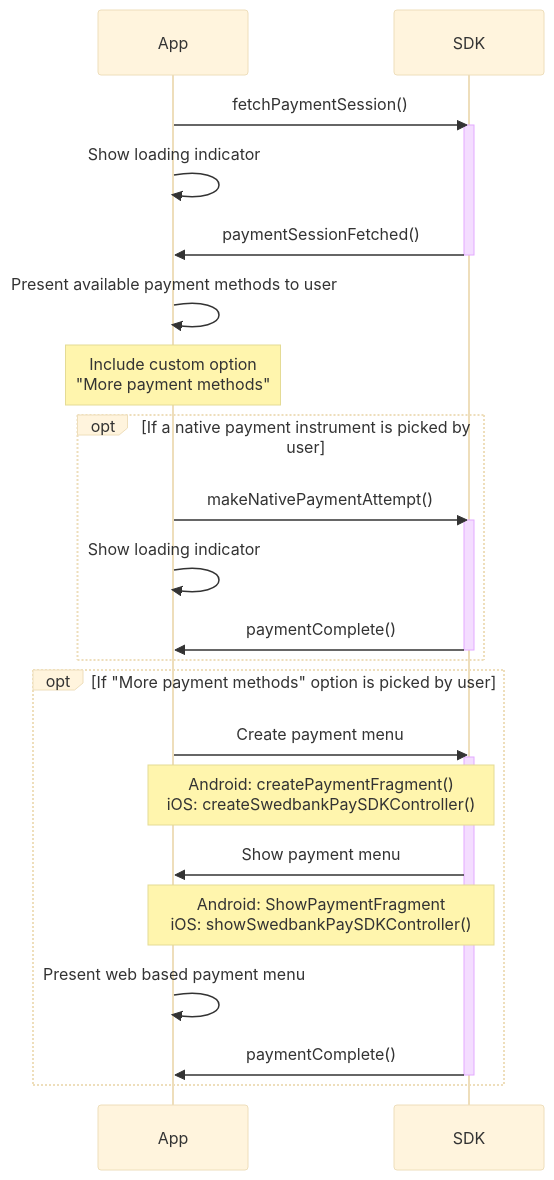
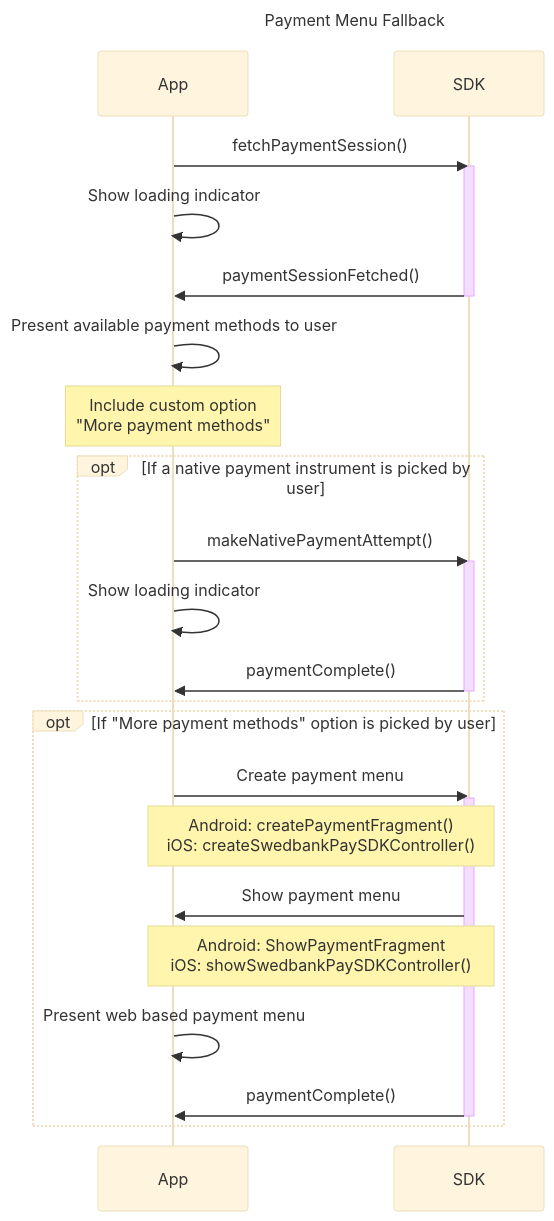
Before and after one commit to SwedbankPay/developer.swedbankpay.com: the second of 4 diagrams in checkout-v3/modules-sdks/mobile-sdk/native-payments.md, drawn with Mermaid (base theme). The commit also changed other lines of this file and 66 other files, not shown here.

Commit message:
Added titles in sequence diagrams

````diff
--- a/checkout-v3/modules-sdks/mobile-sdk/native-payments.md
+++ b/checkout-v3/modules-sdks/mobile-sdk/native-payments.md
@@ -961,30 +962,31 @@
 ```mermaid
 sequenceDiagram
+title: Payment Menu Fallback
     participant App
     participant SDK
 
     App ->> SDK: fetchPaymentSession()
     activate SDK
     App ->> App: Show loading indicator
     SDK ->> App: paymentSessionFetched()
     deactivate SDK
     App ->> App: Present available payment methods to user
     note over App: Include custom option<br/>"More payment methods"
     opt If a native payment instrument is picked by user
         App ->> SDK: makeNativePaymentAttempt()
         activate SDK
         App ->> App: Show loading indicator
         SDK ->> App: paymentComplete()
         deactivate SDK
     end
     opt If "More payment methods" option is picked by user
         App ->> SDK: Create payment menu
         activate SDK
         note over App, SDK: Android: createPaymentFragment()<br/>iOS: createSwedbankPaySDKController()
         SDK ->> App: Show payment menu
         note over App, SDK: Android: ShowPaymentFragment<br/>iOS: showSwedbankPaySDKController()
         App ->> App: Present web based payment menu
         SDK ->> App: paymentComplete()
         deactivate SDK
     end
 ```
````
